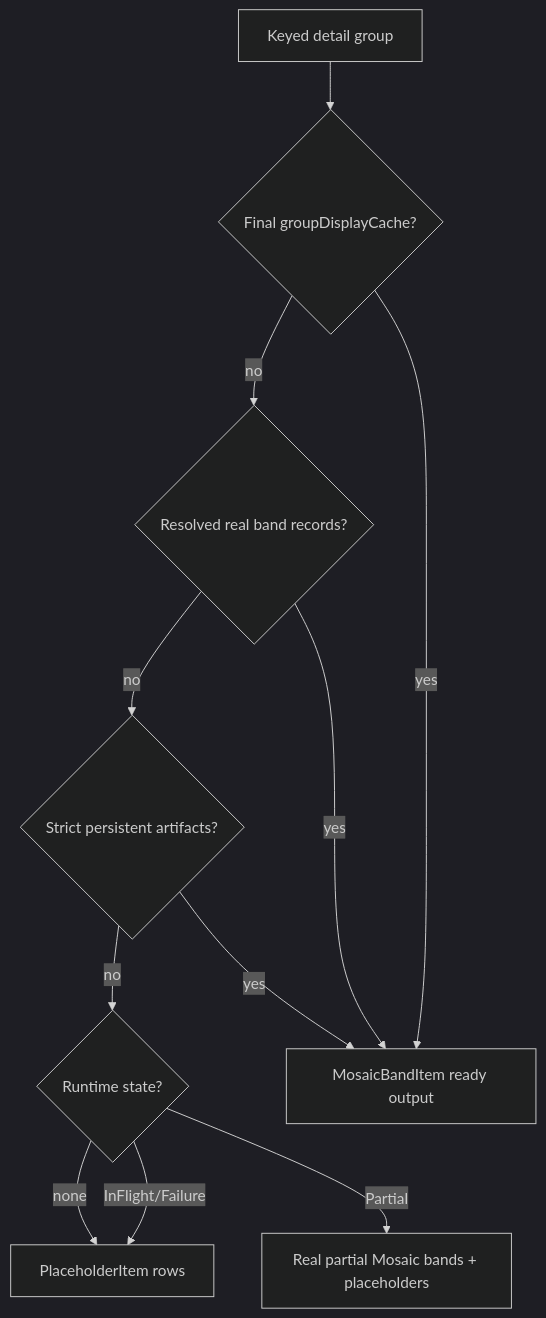
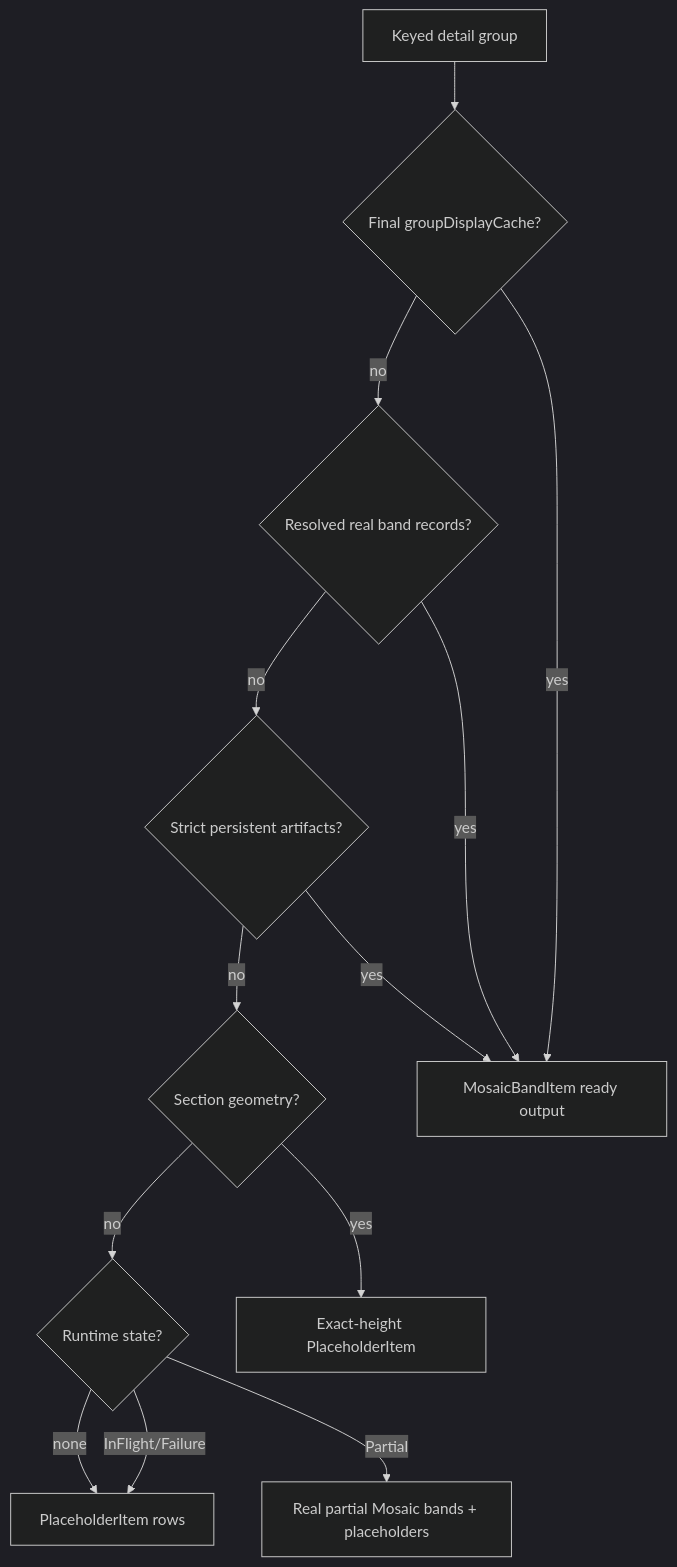
One commit to ch4ndu/ImmichGallery changed the seventh of 9 diagrams in docs/ai/album-person-detail.md. Above: the diagram before and after it, drawn with Mermaid (dark theme). The commit also changed other lines of this file and 49 other files, not shown here.

````diff
--- a/docs/ai/album-person-detail.md
+++ b/docs/ai/album-person-detail.md
@@ -377,22 +386,26 @@
 ```mermaid
 flowchart TD
     Group[Keyed detail group]
     Memory{Final groupDisplayCache?}
     MemoryBands{Resolved real band records?}
     Persistent{Strict persistent artifacts?}
     Runtime{Runtime state?}
+    Geometry{Section geometry?}
     Placeholder[PlaceholderItem rows]
+    ExactPlaceholder[Exact-height PlaceholderItem]
     Ready[MosaicBandItem ready output]
     Partial[Real partial Mosaic bands + placeholders]
 
     Group --> Memory
     Memory -- yes --> Ready
     Memory -- no --> MemoryBands
     MemoryBands -- yes --> Ready
     MemoryBands -- no --> Persistent
     Persistent -- yes --> Ready
-    Persistent -- no --> Runtime
+    Persistent -- no --> Geometry
+    Geometry -- yes --> ExactPlaceholder
+    Geometry -- no --> Runtime
     Runtime -- InFlight/Failure --> Placeholder
     Runtime -- Partial --> Partial
     Runtime -- none --> Placeholder
 ```
````
